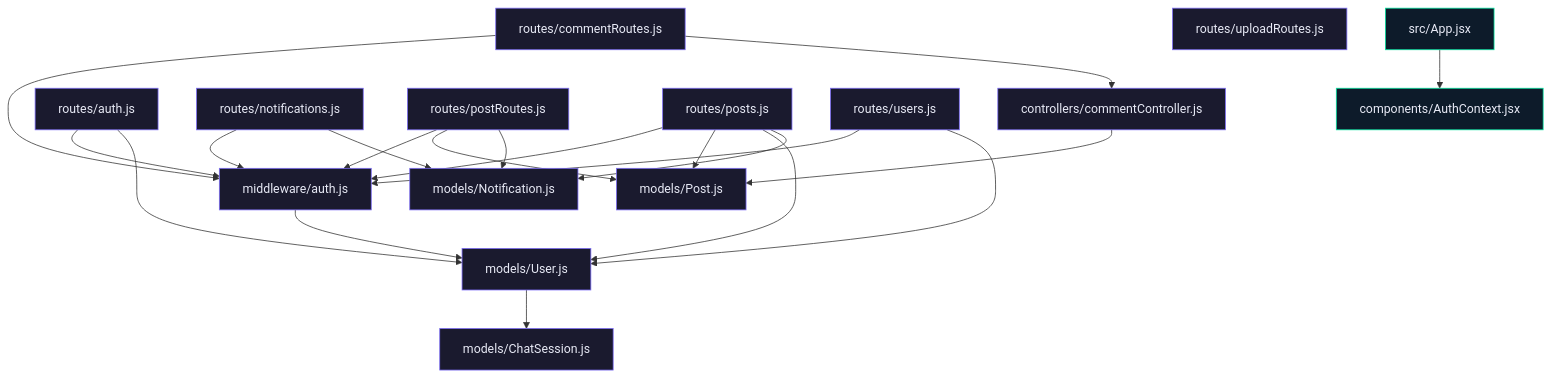
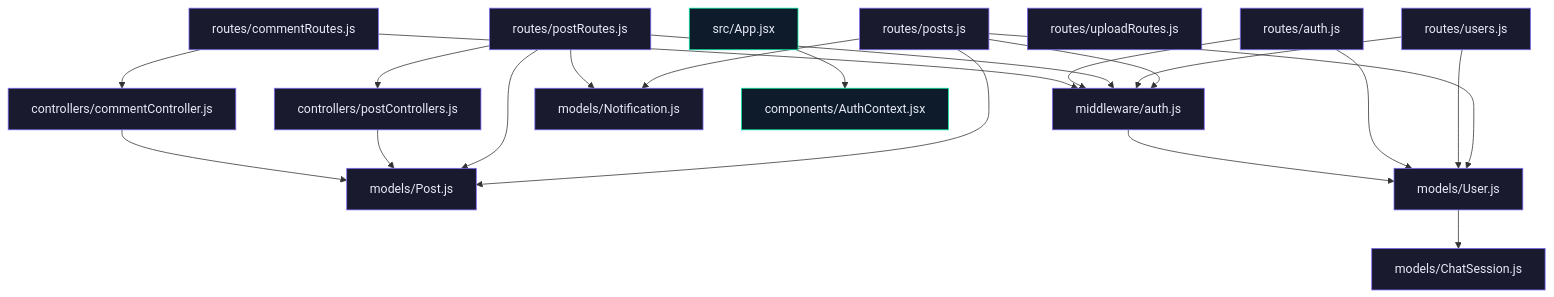
One commit to ArifRahaman/blog-website changed the diagram in README.md. Above: the diagram before and after it, drawn with Mermaid. The commit also changed other lines of this file, not shown here.

Commit message:
Update README via DocuGenius

````diff
--- a/README.md
+++ b/README.md
@@ -142,57 +142,57 @@
 ```mermaid
 flowchart TD
     backend_controllers_commentController_js["controllers/commentController.js"]
+    backend_controllers_postControllers_js["controllers/postControllers.js"]
     backend_middleware_auth_js["middleware/auth.js"]
     backend_models_ChatSession_js["models/ChatSession.js"]
     backend_models_Notification_js["models/Notification.js"]
     backend_models_Post_js["models/Post.js"]
     backend_models_User_js["models/User.js"]
     backend_routes_auth_js["routes/auth.js"]
     backend_routes_commentRoutes_js["routes/commentRoutes.js"]
-    backend_routes_notifications_js["routes/notifications.js"]
     backend_routes_postRoutes_js["routes/postRoutes.js"]
     backend_routes_posts_js["routes/posts.js"]
     backend_routes_uploadRoutes_js["routes/uploadRoutes.js"]
     backend_routes_users_js["routes/users.js"]
     frontend_src_App_jsx["src/App.jsx"]
     frontend_src_components_AuthContext_jsx["components/AuthContext.jsx"]
 
+    backend_controllers_commentController_js --> backend_models_Post_js
+    backend_routes_commentRoutes_js --> backend_controllers_commentController_js
     backend_routes_commentRoutes_js --> backend_middleware_auth_js
-    backend_routes_commentRoutes_js --> backend_controllers_commentController_js
+    backend_controllers_postControllers_js --> backend_models_Post_js
+    backend_middleware_auth_js --> backend_models_User_js
+    backend_routes_auth_js --> backend_models_User_js
+    backend_routes_auth_js --> backend_middleware_auth_js
     backend_models_User_js --> backend_models_ChatSession_js
-    backend_controllers_commentController_js --> backend_models_Post_js
-    backend_middleware_auth_js --> backend_models_User_js
-    backend_routes_auth_js --> backend_middleware_auth_js
-    backend_routes_auth_js --> backend_models_User_js
     backend_routes_postRoutes_js --> backend_middleware_auth_js
     backend_routes_postRoutes_js --> backend_models_Post_js
+    backend_routes_postRoutes_js --> backend_controllers_postControllers_js
     backend_routes_postRoutes_js --> backend_models_Notification_js
-    backend_routes_notifications_js --> backend_middleware_auth_js
-    backend_routes_notifications_js --> backend_models_Notification_js
+    backend_routes_users_js --> backend_models_User_js
+    backend_routes_users_js --> backend_middleware_auth_js
+    backend_routes_posts_js --> backend_models_Notification_js
+    backend_routes_posts_js --> backend_models_Post_js
     backend_routes_posts_js --> backend_middleware_auth_js
-    backend_routes_posts_js --> backend_models_Post_js
     backend_routes_posts_js --> backend_models_User_js
-    backend_routes_posts_js --> backend_models_Notification_js
-    backend_routes_users_js --> backend_middleware_auth_js
-    backend_routes_users_js --> backend_models_User_js
     frontend_src_App_jsx --> frontend_src_components_AuthContext_jsx
 
     classDef backend fill:#1a1a2e,stroke:#7c6cf8,color:#e8eaf6
     classDef frontend fill:#0d1b2a,stroke:#00e8a2,color:#e8eaf6
     classDef config fill:#1a0a0a,stroke:#f5a623,color:#e8eaf6
     class backend_controllers_commentController_js backend
+    class backend_controllers_postControllers_js backend
     class backend_middleware_auth_js backend
     class backend_models_ChatSession_js backend
     class backend_models_Notification_js backend
     class backend_models_Post_js backend
     class backend_models_User_js backend
     class backend_routes_auth_js backend
     class backend_routes_commentRoutes_js backend
-    class backend_routes_notifications_js backend
     class backend_routes_postRoutes_js backend
     class backend_routes_posts_js backend
     class backend_routes_uploadRoutes_js backend
     class backend_routes_users_js backend
     class frontend_src_App_jsx frontend
     class frontend_src_components_AuthContext_jsx frontend
 ```
````
